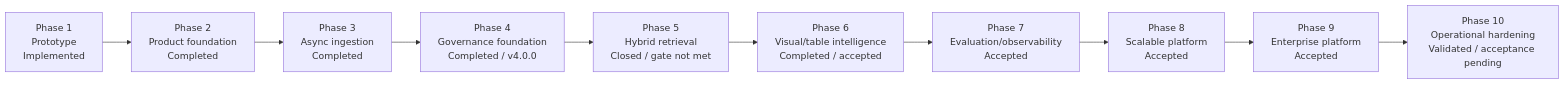
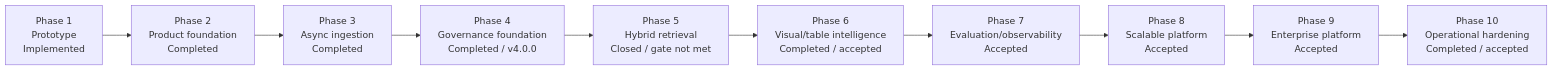
The second of 12 diagrams in mm-rag-full-stack-genai-bootcamp-3.0/docs/architecture/ARCHITECTURE.md (mvyas412/ai-projects), drawn with Mermaid before and after one commit. The commit also changed other lines of this file and 3 other files, not shown here.

````diff
--- a/mm-rag-full-stack-genai-bootcamp-3.0/docs/architecture/ARCHITECTURE.md
+++ b/mm-rag-full-stack-genai-bootcamp-3.0/docs/architecture/ARCHITECTURE.md
@@ -186,13 +186,13 @@
 ```mermaid
 flowchart LR
     p1["Phase 1<br/>Prototype<br/>Implemented"] -->
     p2["Phase 2<br/>Product foundation<br/>Completed"] -->
     p3["Phase 3<br/>Async ingestion<br/>Completed"] -->
     p4["Phase 4<br/>Governance foundation<br/>Completed / v4.0.0"] -->
     p5["Phase 5<br/>Hybrid retrieval<br/>Closed / gate not met"] -->
     p6["Phase 6<br/>Visual/table intelligence<br/>Completed / accepted"] -->
     p7["Phase 7<br/>Evaluation/observability<br/>Accepted"] -->
     p8["Phase 8<br/>Scalable platform<br/>Accepted"] -->
     p9["Phase 9<br/>Enterprise platform<br/>Accepted"] -->
-    p10["Phase 10<br/>Operational hardening<br/>Validated / acceptance pending"]
+    p10["Phase 10<br/>Operational hardening<br/>Completed / accepted"]
 ```
````
